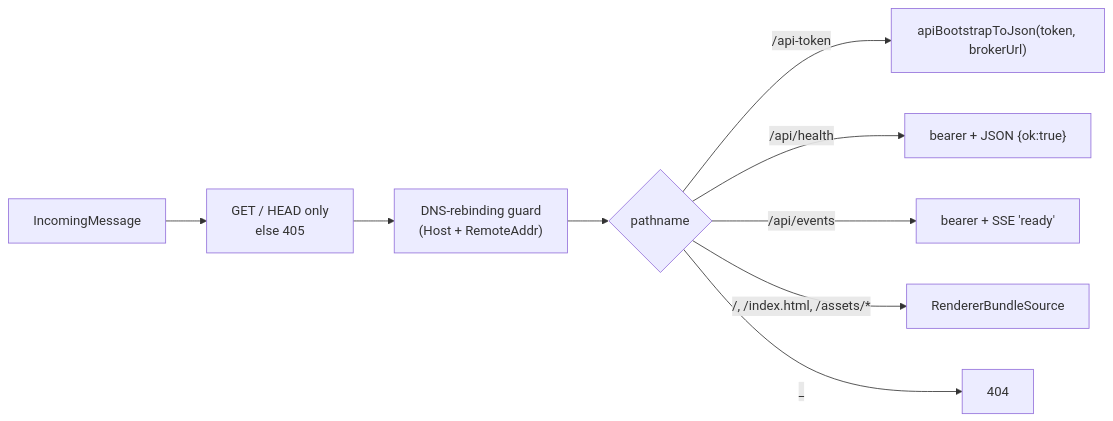
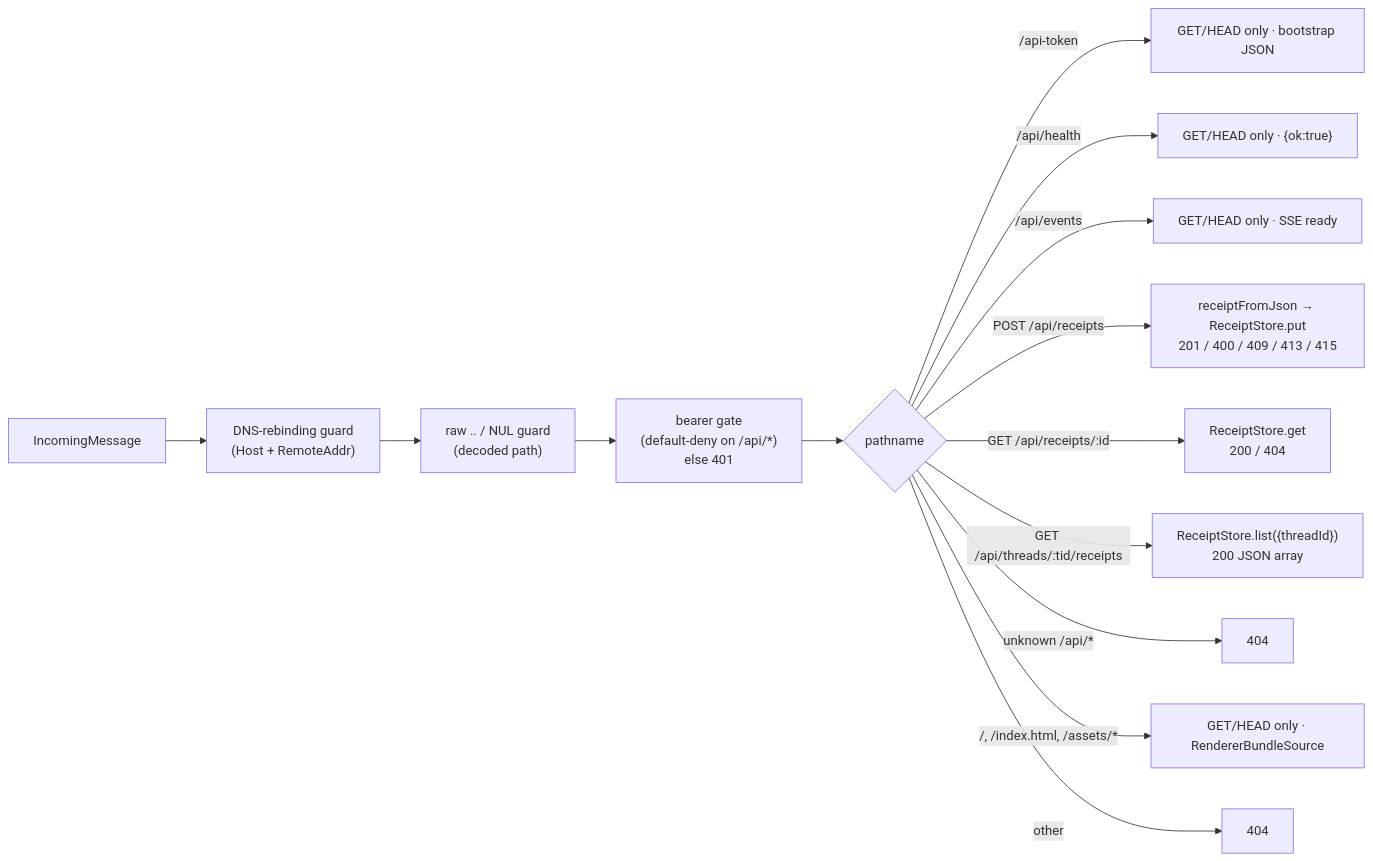
The diagram in packages/broker/docs/modules/listener.md (nex-crm/wuphf), drawn with Mermaid before and after one commit. The commit also changed other lines of this file and 7 other files, not shown here.

First line of the commit message:
fix(broker): pass-4 — 5-lens triangulation findings on receipt write path

````diff
--- a/packages/broker/docs/modules/listener.md
+++ b/packages/broker/docs/modules/listener.md
@@ -17,11 +17,16 @@
 ```mermaid
 flowchart LR
-  req["IncomingMessage"] --> method["GET / HEAD only<br/>else 405"]
-  method --> guard["DNS-rebinding guard<br/>(Host + RemoteAddr)"]
-  guard --> dispatch{"pathname"}
-  dispatch -- "/api-token" --> bootstrap["apiBootstrapToJson(token, brokerUrl)"]
-  dispatch -- "/api/health" --> auth1["bearer + JSON {ok:true}"]
-  dispatch -- "/api/events" --> auth2["bearer + SSE 'ready'"]
-  dispatch -- "/, /index.html, /assets/*" --> static["RendererBundleSource"]
-  dispatch -- "_" --> notfound["404"]
+  req["IncomingMessage"] --> guard["DNS-rebinding guard<br/>(Host + RemoteAddr)"]
+  guard --> traversal["raw .. / NUL guard<br/>(decoded path)"]
+  traversal --> auth["bearer gate<br/>(default-deny on /api/*)<br/>else 401"]
+  auth --> dispatch{"pathname"}
+  dispatch -- "/api-token" --> bootstrap["GET/HEAD only · bootstrap JSON"]
+  dispatch -- "/api/health" --> health["GET/HEAD only · {ok:true}"]
+  dispatch -- "/api/events" --> events["GET/HEAD only · SSE ready"]
+  dispatch -- "POST /api/receipts" --> create["receiptFromJson → ReceiptStore.put<br/>201 / 400 / 409 / 413 / 415"]
+  dispatch -- "GET /api/receipts/:id" --> read["ReceiptStore.get<br/>200 / 404"]
+  dispatch -- "GET /api/threads/:tid/receipts" --> list["ReceiptStore.list({threadId})<br/>200 JSON array"]
+  dispatch -- "unknown /api/*" --> apinotfound["404"]
+  dispatch -- "/, /index.html, /assets/*" --> static["GET/HEAD only · RendererBundleSource"]
+  dispatch -- "other" --> notfound["404"]
 ```
````
